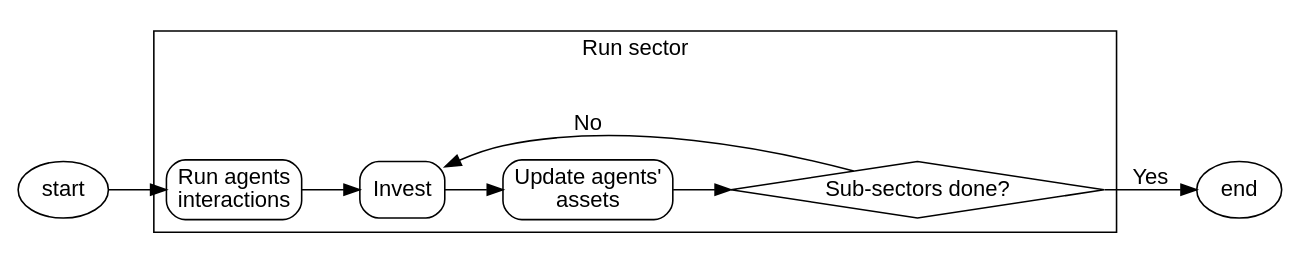
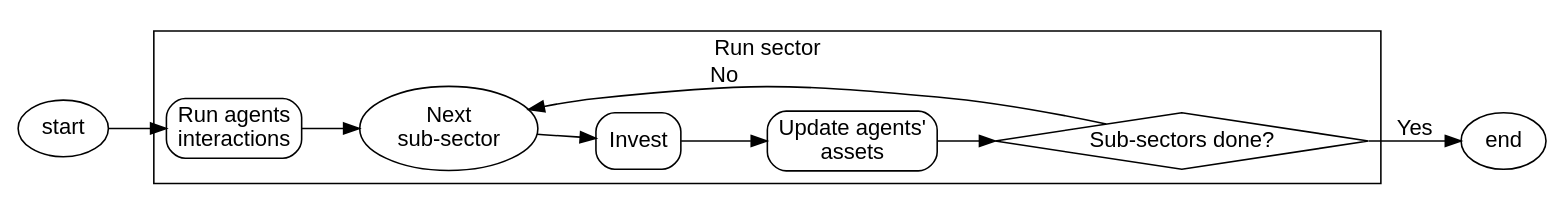
One commit to EnergySystemsModellingLab/MUSE_OS changed the tenth of 10 diagrams in docs/application-flow.rst. Above: the diagram before and after it, drawn with Graphviz. The commit also changed other lines of this file, not shown here.

```diff
--- a/docs/application-flow.rst
+++ b/docs/application-flow.rst
@@ -369,28 +374,29 @@
 .. graphviz::
     :align: center
     :alt: Steps of one period step in a sector
 
     digraph sector_step {
             fontname="Helvetica,Arial,sans-serif"
             node [fontname="Helvetica,Arial,sans-serif", shape=box, style=rounded]
             edge [fontname="Helvetica,Arial,sans-serif"]
             rankdir=LR
             clusterrank=local
             newrank=true
 
             {node [shape=""]; start; end;}
+            next [label="Next\nsub-sector", shape=""]
             interactions [label="Run agents\ninteractions"]
             invest [label="Invest"]
             update_agents [label="Update agents'\nassets"]
             all_subsectors [label="Sub-sectors done?", shape=diamond, style=""]
 
             subgraph cluster {
                 label="Run sector"
-                interactions -> invest -> update_agents -> all_subsectors
-                all_subsectors -> invest [label="No", constraint=false]
+                interactions -> next -> invest -> update_agents -> all_subsectors
+                all_subsectors -> next [label="No", constraint=false]
 
             }
 
             start -> interactions
             all_subsectors -> end [label="Yes"]
         }
```
